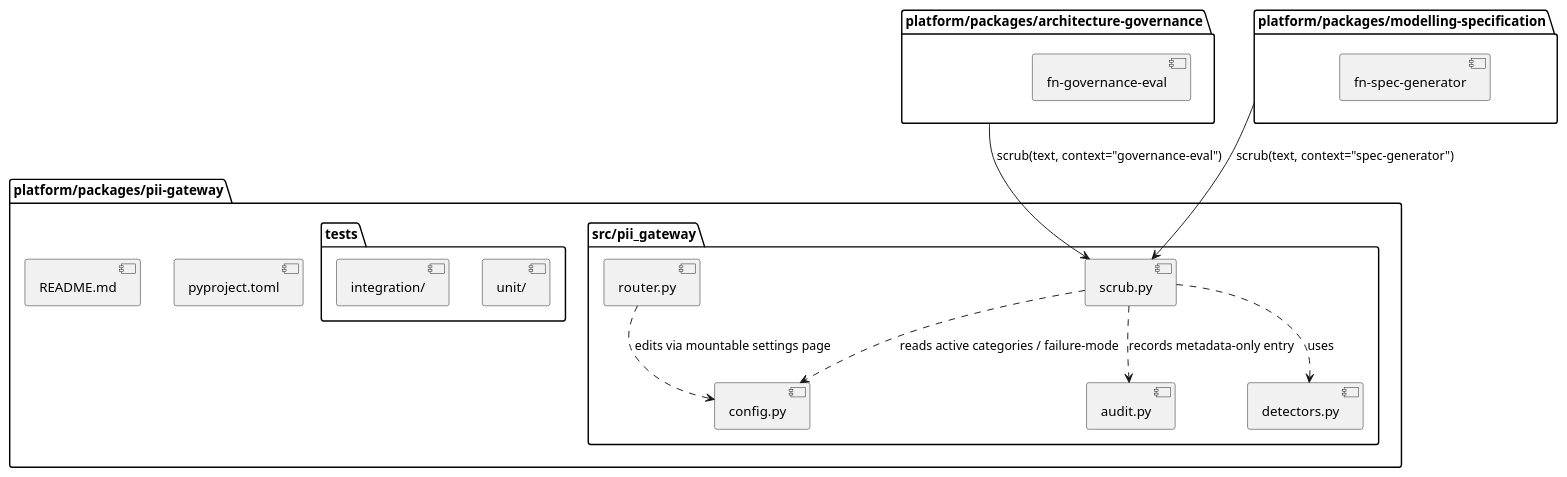
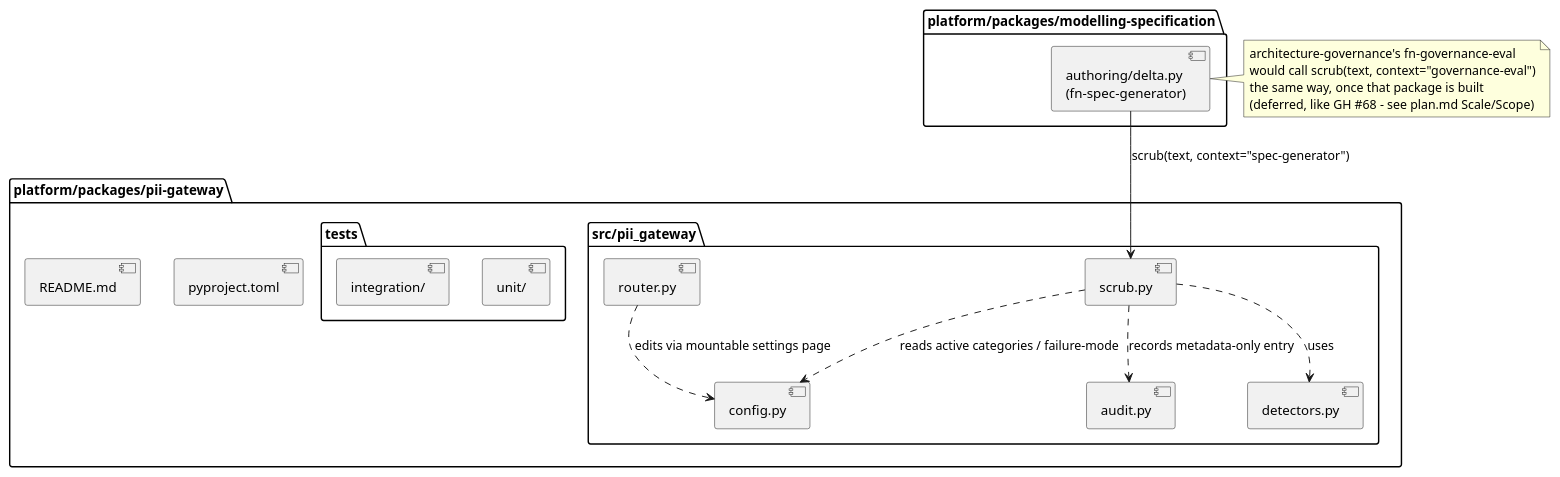
One commit to wolffy-au/frictionless-architect changed the diagram in platform/packages/pii-gateway/specs/001-pii-gateway/plan.md. Above: the diagram before and after it, drawn with PlantUML. The commit also changed other lines of this file and 5 other files, not shown here.

````diff
--- a/platform/packages/pii-gateway/specs/001-pii-gateway/plan.md
+++ b/platform/packages/pii-gateway/specs/001-pii-gateway/plan.md
@@ -110,34 +115,36 @@
 ```plantuml
 @startuml
 package "platform/packages/pii-gateway" {
   [pyproject.toml]
   package "src/pii_gateway" {
     [scrub.py] as scrub
     [detectors.py] as detectors
     [config.py] as config
     [audit.py] as audit
     [router.py] as router
   }
   package "tests" {
     [unit/]
     [integration/]
   }
   [README.md]
 }
 
-package "platform/packages/architecture-governance" as gov {
-  [fn-governance-eval]
-}
 package "platform/packages/modelling-specification" as mdl {
-  [fn-spec-generator]
+  [authoring/delta.py\n(fn-spec-generator)] as delta
 }
 
 scrub ..> detectors : uses
 scrub ..> config : reads active categories / failure-mode
 scrub ..> audit : records metadata-only entry
 router ..> config : edits via mountable settings page
 
-gov --> scrub : scrub(text, context="governance-eval")
-mdl --> scrub : scrub(text, context="spec-generator")
+delta --> scrub : scrub(text, context="spec-generator")
+note right of delta
+  architecture-governance's fn-governance-eval
+  would call scrub(text, context="governance-eval")
+  the same way, once that package is built
+  (deferred, like GH #68 - see plan.md Scale/Scope)
+end note
 @enduml
 ```
````
